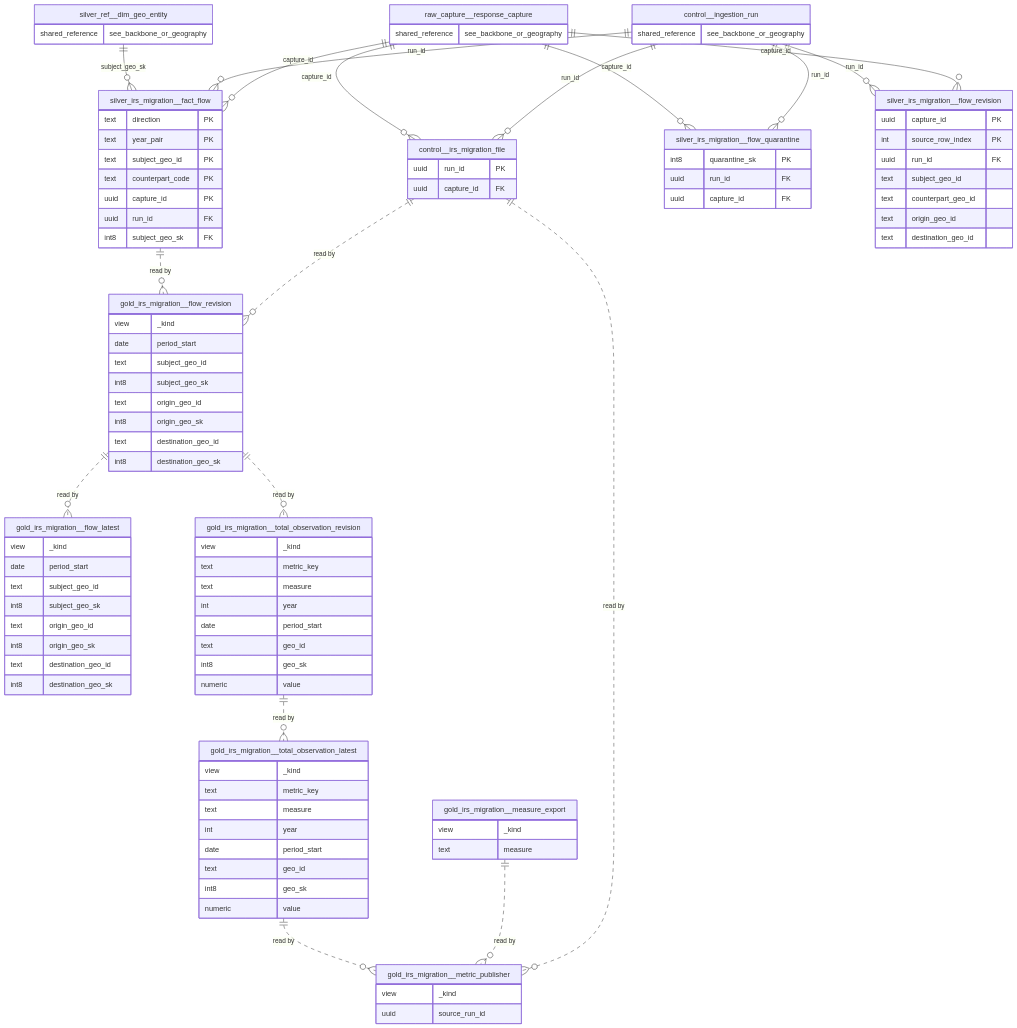
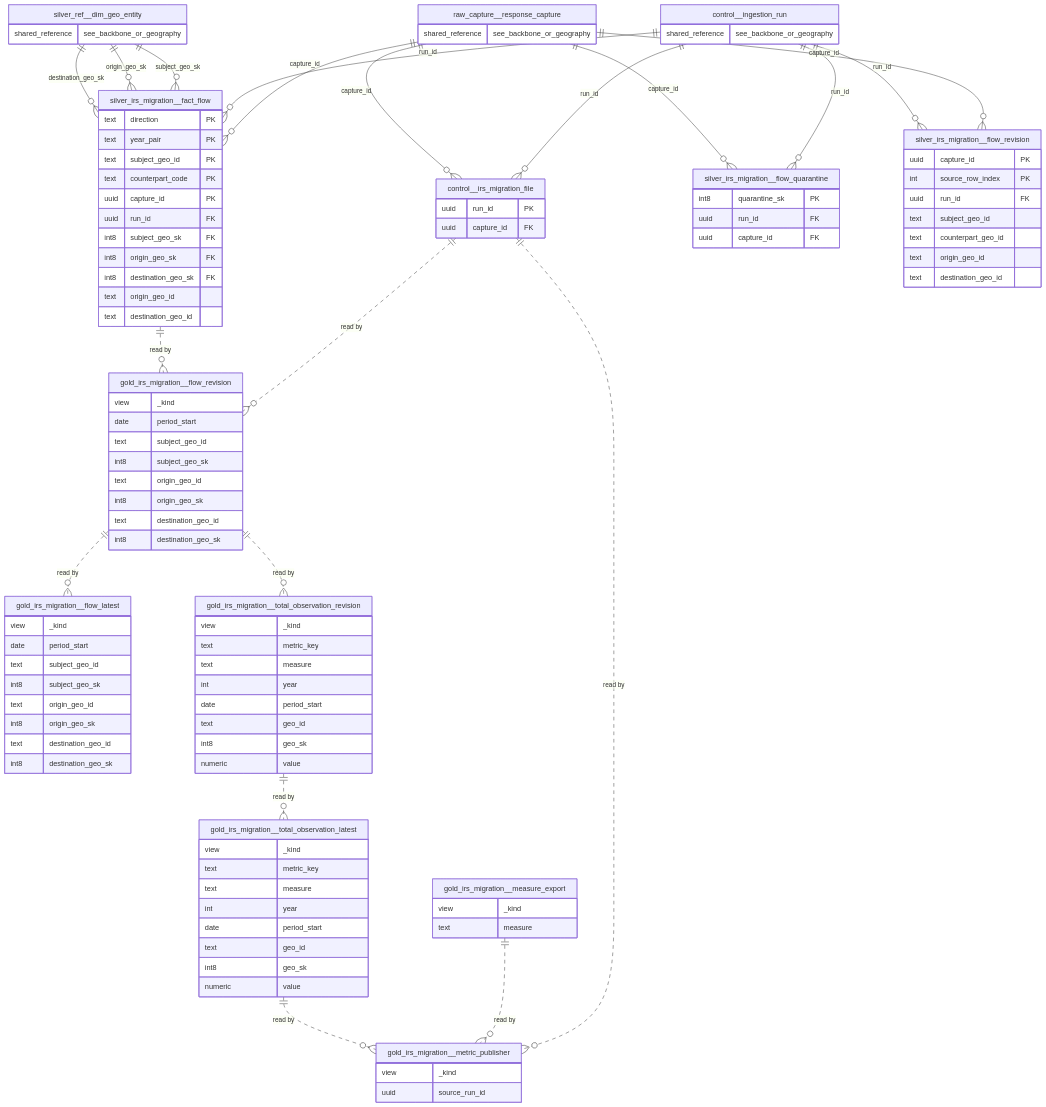
Before and after one commit to Syncert/population_etl_toolbox: diagram 13 of 30 in docs/warehouse/erd.md, drawn with Mermaid. The commit also changed other lines of this file and 1 other file, not shown here.

First line of the commit message:
docs(warehouse): add November sources to the data sources guide; regenerate the ERD

````diff
--- a/docs/warehouse/erd.md
+++ b/docs/warehouse/erd.md
@@ -1385,6 +1449,10 @@
         uuid capture_id PK
         uuid run_id FK
         int8 subject_geo_sk FK
+        int8 origin_geo_sk FK
+        int8 destination_geo_sk FK
+        text origin_geo_id
+        text destination_geo_id
     }
     silver_irs_migration__flow_quarantine {
         int8 quarantine_sk PK
@@ -1403,21 +1471,23 @@
     silver_ref__dim_geo_entity {
         shared_reference see_backbone_or_geography
     }
-    raw_capture__response_capture ||--o{ silver_irs_migration__flow_revision : "capture_id"
-    control__ingestion_run ||--o{ silver_irs_migration__flow_revision : "run_id"
-    control__ingestion_run ||--o{ silver_irs_migration__flow_quarantine : "run_id"
-    raw_capture__response_capture ||--o{ silver_irs_migration__flow_quarantine : "capture_id"
+    control__ingestion_run ||--o{ control__irs_migration_file : "run_id"
+    raw_capture__response_capture ||--o{ control__irs_migration_file : "capture_id"
+    gold_irs_migration__flow_revision ||..o{ gold_irs_migration__flow_latest : "read by"
+    control__irs_migration_file ||..o{ gold_irs_migration__flow_revision : "read by"
+    silver_irs_migration__fact_flow ||..o{ gold_irs_migration__flow_revision : "read by"
+    control__irs_migration_file ||..o{ gold_irs_migration__metric_publisher : "read by"
+    gold_irs_migration__measure_export ||..o{ gold_irs_migration__metric_publisher : "read by"
+    gold_irs_migration__total_observation_latest ||..o{ gold_irs_migration__metric_publisher : "read by"
+    gold_irs_migration__total_observation_revision ||..o{ gold_irs_migration__total_observation_latest : "read by"
+    gold_irs_migration__flow_revision ||..o{ gold_irs_migration__total_observation_revision : "read by"
     raw_capture__response_capture ||--o{ silver_irs_migration__fact_flow : "capture_id"
     control__ingestion_run ||--o{ silver_irs_migration__fact_flow : "run_id"
     silver_ref__dim_geo_entity ||--o{ silver_irs_migration__fact_flow : "subject_geo_sk"
-    control__irs_migration_file ||..o{ gold_irs_migration__flow_revision : "read by"
-    silver_irs_migration__fact_flow ||..o{ gold_irs_migration__flow_revision : "read by"
-    gold_irs_migration__flow_revision ||..o{ gold_irs_migration__flow_latest : "read by"
-    gold_irs_migration__flow_revision ||..o{ gold_irs_migration__total_observation_revision : "read by"
-    gold_irs_migration__total_observation_revision ||..o{ gold_irs_migration__total_observation_latest : "read by"
-    control__irs_migration_file ||..o{ gold_irs_migration__metric_publisher : "read by"
-    gold_irs_migration__measure_export ||..o{ gold_irs_migration__metric_publisher : "read by"
-    gold_irs_migration__total_observation_latest ||..o{ gold_irs_migration__metric_publisher : "read by"
-    control__ingestion_run ||--o{ control__irs_migration_file : "run_id"
-    raw_capture__response_capture ||--o{ control__irs_migration_file : "capture_id"
+    silver_ref__dim_geo_entity ||--o{ silver_irs_migration__fact_flow : "origin_geo_sk"
+    silver_ref__dim_geo_entity ||--o{ silver_irs_migration__fact_flow : "destination_geo_sk"
+    control__ingestion_run ||--o{ silver_irs_migration__flow_quarantine : "run_id"
+    raw_capture__response_capture ||--o{ silver_irs_migration__flow_quarantine : "capture_id"
+    raw_capture__response_capture ||--o{ silver_irs_migration__flow_revision : "capture_id"
+    control__ingestion_run ||--o{ silver_irs_migration__flow_revision : "run_id"
 ```
````
